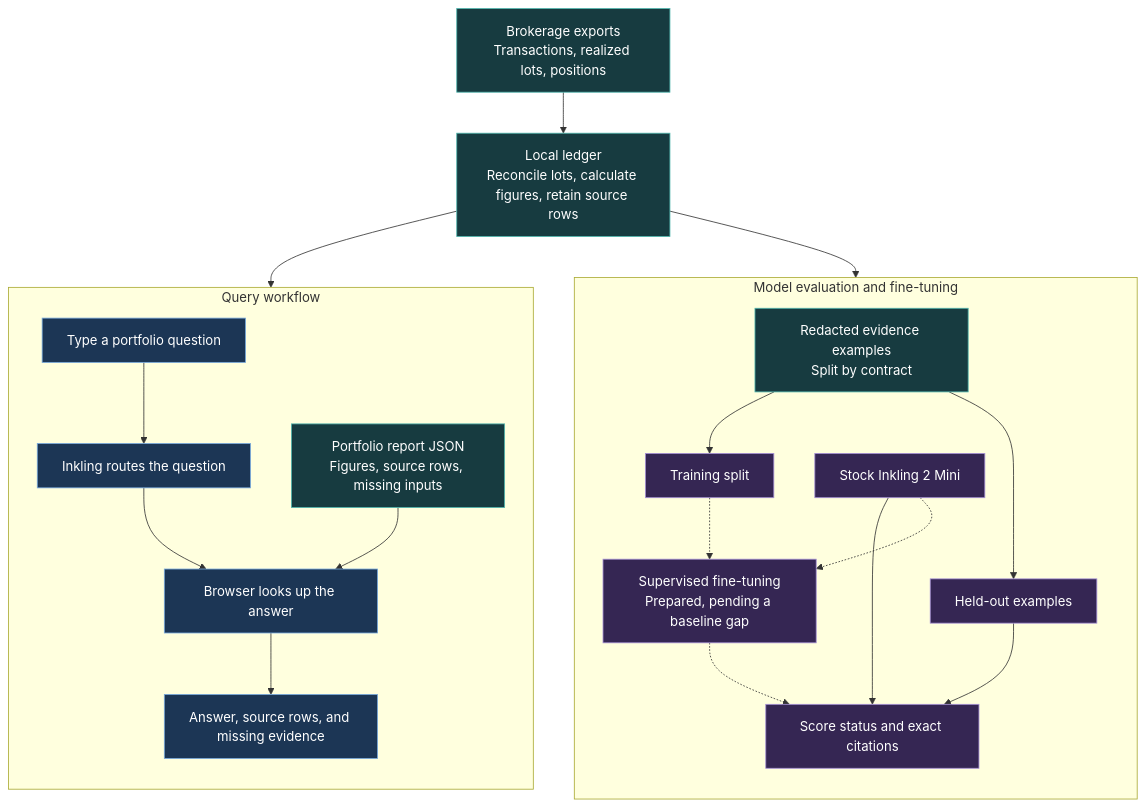
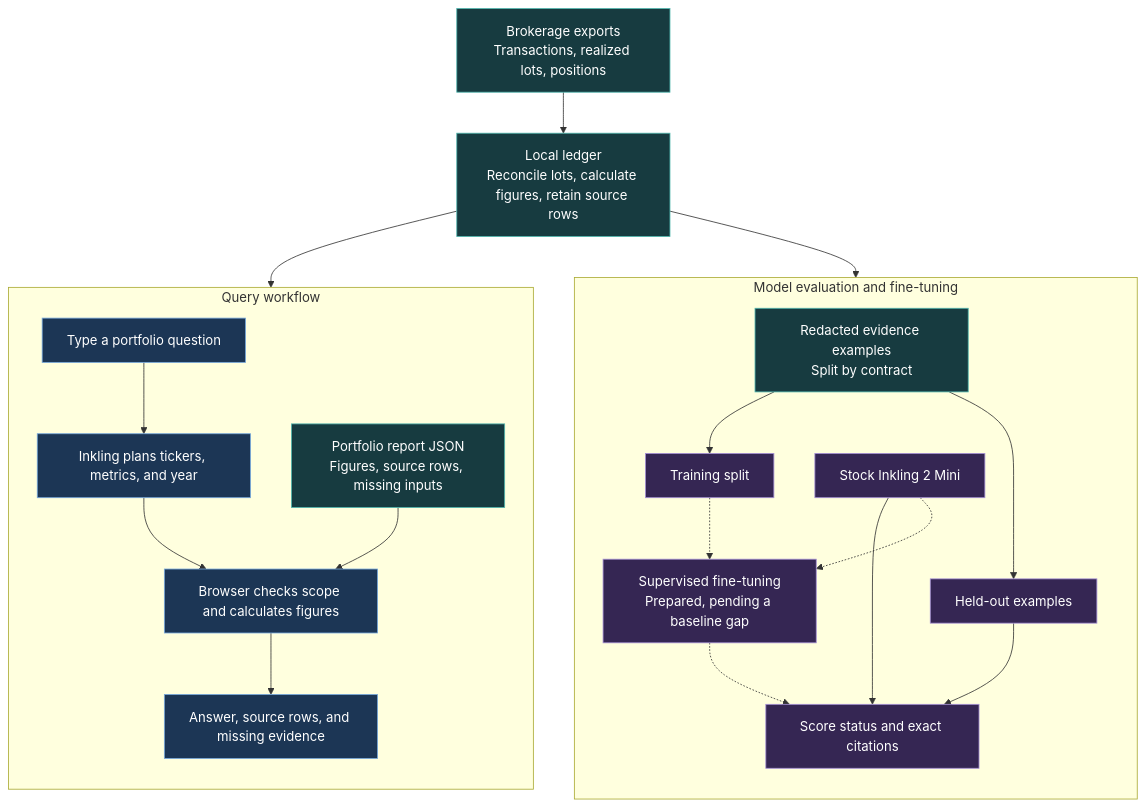
The diagram in BLOG.md (manishklach/brokerage-ledger-rl), drawn with Mermaid before and after one commit. The commit also changed other lines of this file and 4 other files, not shown here.

````diff
--- a/BLOG.md
+++ b/BLOG.md
@@ -11,32 +11,32 @@
 ```mermaid
 flowchart TB
     CSV["Brokerage exports<br/>Transactions, realized lots, positions"] --> LEDGER["Local ledger<br/>Reconcile lots, calculate figures, retain source rows"]
     LEDGER --> EXAMPLES["Redacted evidence examples<br/>Split by contract"]
     LEDGER --> REPORT["Portfolio report JSON<br/>Figures, source rows, missing inputs"]
 
     subgraph MODEL["Model evaluation and fine-tuning"]
         direction TB
         EXAMPLES --> TRAIN["Training split"]
         EXAMPLES --> HOLDOUT["Held-out examples"]
         BASE["Stock Inkling 2 Mini"] --> SCORE["Score status and exact citations"]
         HOLDOUT --> SCORE
         TRAIN -.-> SFT["Supervised fine-tuning<br/>Prepared, pending a baseline gap"]
         BASE -.-> SFT
         SFT -.-> SCORE
     end
 
     subgraph QUERY["Query workflow"]
         direction TB
-        QUESTION["Type a portfolio question"] --> ROUTE["Inkling routes the question"]
-        ROUTE --> LOOKUP["Browser looks up the answer"]
+        QUESTION["Type a portfolio question"] --> ROUTE["Inkling plans tickers, metrics, and year"]
+        ROUTE --> LOOKUP["Browser checks scope and calculates figures"]
         REPORT --> LOOKUP
         LOOKUP --> ANSWER["Answer, source rows, and missing evidence"]
     end
 
     classDef data fill:#173b40,stroke:#50b6ae,color:#fff;
     classDef model fill:#352653,stroke:#a691d6,color:#fff;
     classDef query fill:#1c3655,stroke:#75a7db,color:#fff;
     class CSV,LEDGER,EXAMPLES,REPORT data;
     class TRAIN,HOLDOUT,BASE,SCORE,SFT model;
     class QUESTION,ROUTE,LOOKUP,ANSWER query;
 ```
````
